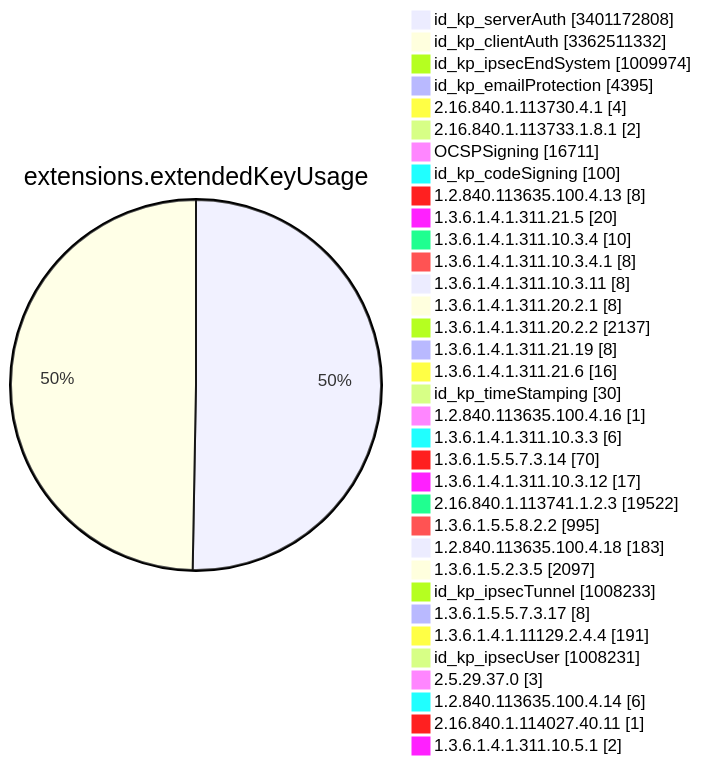
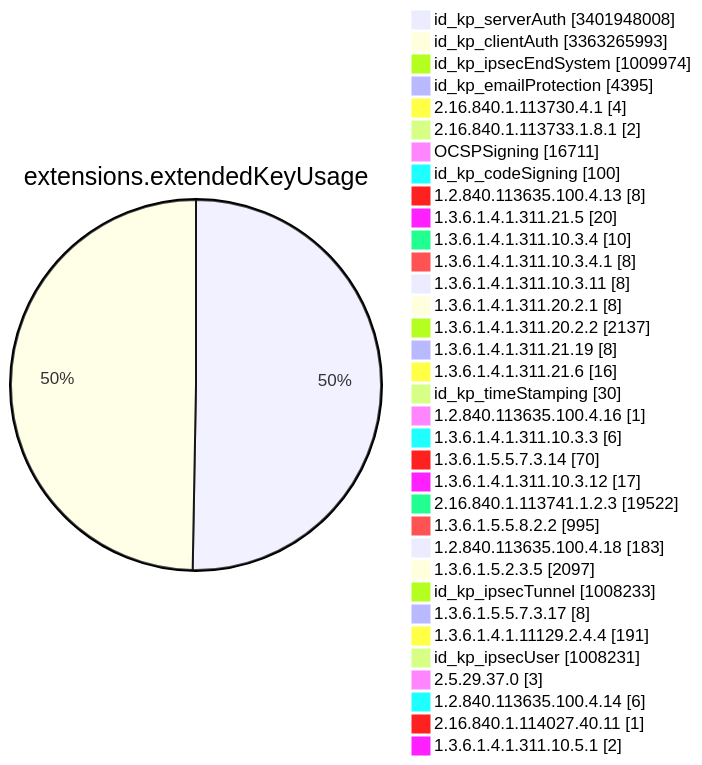
Diagram 11 of 15 in TOTAL/README.md (christiankrug/ctmonitor_visualization), drawn with Mermaid before and after one commit. The commit also changed other lines of this file, not shown here.

````diff
--- a/TOTAL/README.md
+++ b/TOTAL/README.md
@@ -4121,38 +4121,38 @@
 ```mermaid
 pie showData
 title extensions.extendedKeyUsage
-"id_kp_serverAuth" :3401172808
-"id_kp_clientAuth" :3362511332
+"id_kp_serverAuth" :3401948008
+"id_kp_clientAuth" :3363265993
 "id_kp_ipsecEndSystem" :1009974
 "id_kp_emailProtection" :4395
 "2.16.840.1.113730.4.1" :4
 "2.16.840.1.113733.1.8.1" :2
 "OCSPSigning" :16711
 "id_kp_codeSigning" :100
 "1.2.840.113635.100.4.13" :8
 "1.3.6.1.4.1.311.21.5" :20
 "1.3.6.1.4.1.311.10.3.4" :10
 "1.3.6.1.4.1.311.10.3.4.1" :8
 "1.3.6.1.4.1.311.10.3.11" :8
 "1.3.6.1.4.1.311.20.2.1" :8
 "1.3.6.1.4.1.311.20.2.2" :2137
 "1.3.6.1.4.1.311.21.19" :8
 "1.3.6.1.4.1.311.21.6" :16
 "id_kp_timeStamping" :30
 "1.2.840.113635.100.4.16" :1
 "1.3.6.1.4.1.311.10.3.3" :6
 "1.3.6.1.5.5.7.3.14" :70
 "1.3.6.1.4.1.311.10.3.12" :17
 "2.16.840.1.113741.1.2.3" :19522
 "1.3.6.1.5.5.8.2.2" :995
 "1.2.840.113635.100.4.18" :183
 "1.3.6.1.5.2.3.5" :2097
 "id_kp_ipsecTunnel" :1008233
 "1.3.6.1.5.5.7.3.17" :8
 "1.3.6.1.4.1.11129.2.4.4" :191
 "id_kp_ipsecUser" :1008231
 "2.5.29.37.0" :3
 "1.2.840.113635.100.4.14" :6
 "2.16.840.1.114027.40.11" :1
 "1.3.6.1.4.1.311.10.5.1" :2
 ```
````
